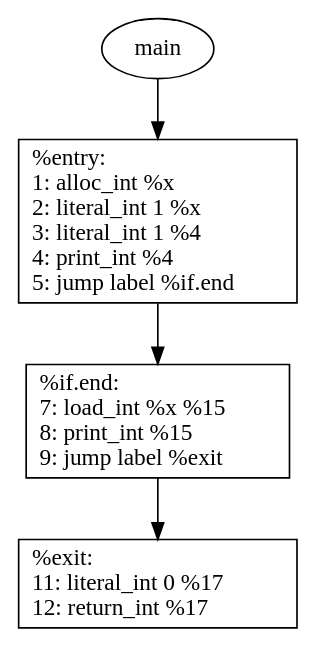
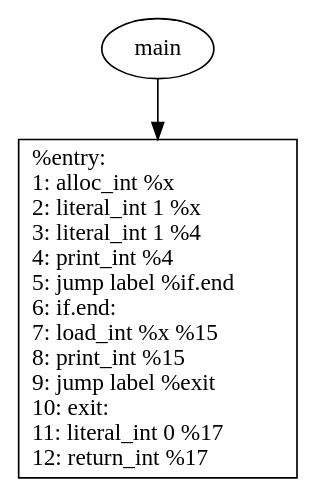
One commit to barddes/ply-python-compiler changed the diagram in main.gv. Above: the diagram before and after it, drawn with Graphviz. The commit also changed 2 other files, not shown here.

```diff
--- a/main.gv
+++ b/main.gv
@@ -1,10 +1,6 @@
 digraph g {
 	node [shape=record]
 	main [shape=ellipse]
 	main -> "%entry"
-	"%entry" [label="{%entry:\l	1:   alloc_int %x \l	2:   literal_int 1 %x \l	3:   literal_int 1 %4 \l	4:   print_int %4 \l	5:   jump label %if.end\l	}"]
-	"%entry" -> "%if.end"
-	"%if.end" [label="{%if.end:\l	7:   load_int %x %15 \l	8:   print_int %15 \l	9:   jump label %exit\l	}"]
-	"%if.end" -> "%exit"
-	"%exit" [label="{%exit:\l	11:   literal_int 0 %17 \l	12:   return_int %17\l	}"]
+	"%entry" [label="{%entry:\l	1:   alloc_int %x \l	2:   literal_int 1 %x \l	3:   literal_int 1 %4 \l	4:   print_int %4 \l	5:   jump label %if.end\l	6: if.end:\l	7:   load_int %x %15 \l	8:   print_int %15 \l	9:   jump label %exit\l	10: exit:\l	11:   literal_int 0 %17 \l	12:   return_int %17\l	}"]
 }
```
